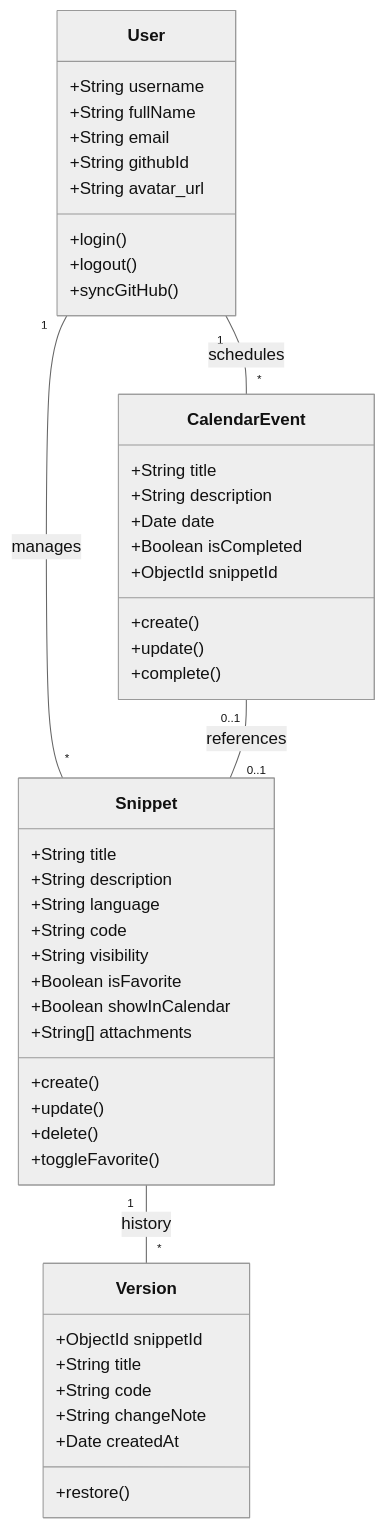
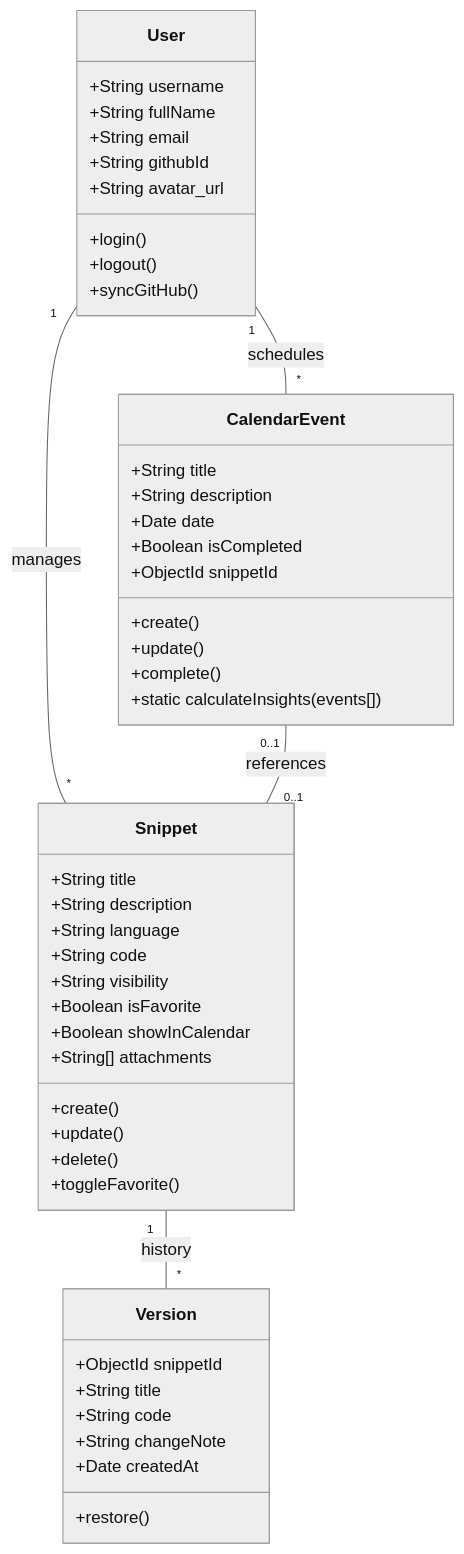
One commit to mahi656/Code-Snippet changed the diagram in classDiagram.md. Above: the diagram before and after it, drawn with Mermaid (neutral theme). The commit also changed 5 other files, not shown here.

````diff
--- a/classDiagram.md
+++ b/classDiagram.md
@@ -1,53 +1,54 @@
 ```mermaid
 classDiagram
     class User {
         +String username
         +String fullName
         +String email
         +String githubId
         +String avatar_url
         +login()
         +logout()
         +syncGitHub()
     }
 
     class Snippet {
         +String title
         +String description
         +String language
         +String code
         +String visibility
         +Boolean isFavorite
         +Boolean showInCalendar
         +String[] attachments
         +create()
         +update()
         +delete()
         +toggleFavorite()
     }
 
     class Version {
         +ObjectId snippetId
         +String title
         +String code
         +String changeNote
         +Date createdAt
         +restore()
     }
 
     class CalendarEvent {
         +String title
         +String description
         +Date date
         +Boolean isCompleted
         +ObjectId snippetId
         +create()
         +update()
         +complete()
+        +static calculateInsights(events[])
     }
 
     User "1" -- "*" Snippet : manages
     User "1" -- "*" CalendarEvent : schedules
     Snippet "1" -- "*" Version : history
     CalendarEvent "0..1" -- "0..1" Snippet : references
 ```
````
